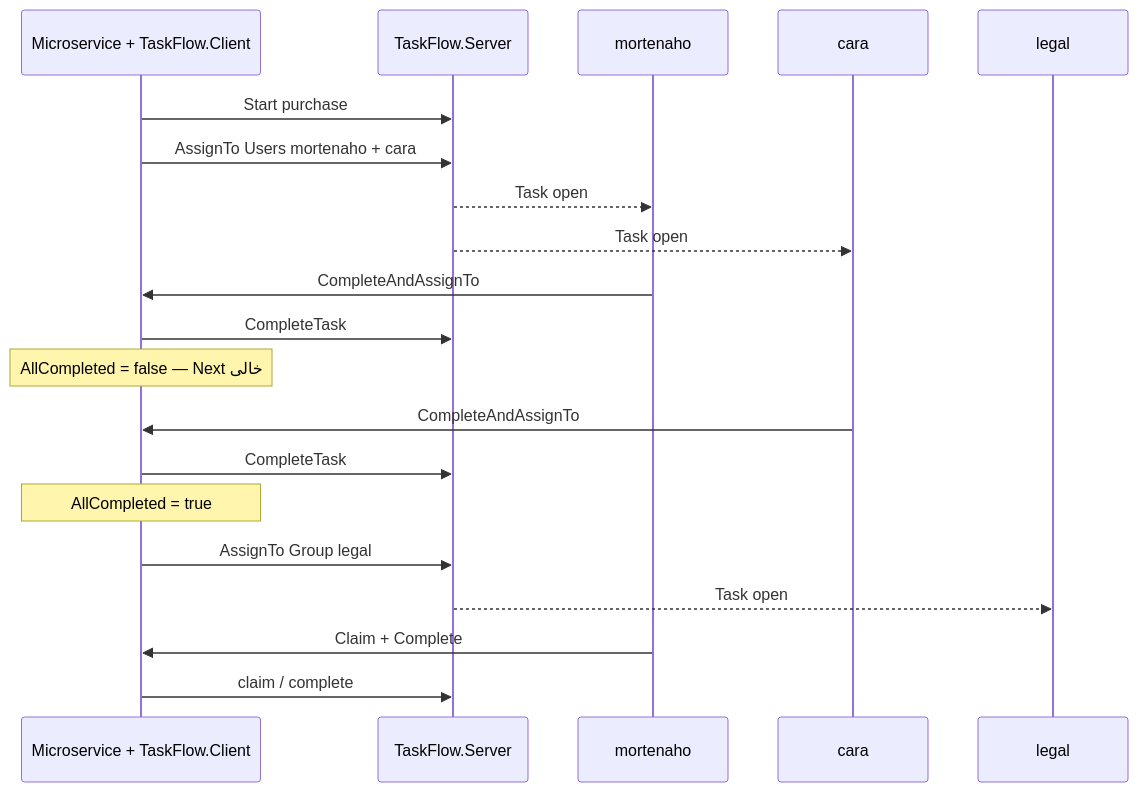
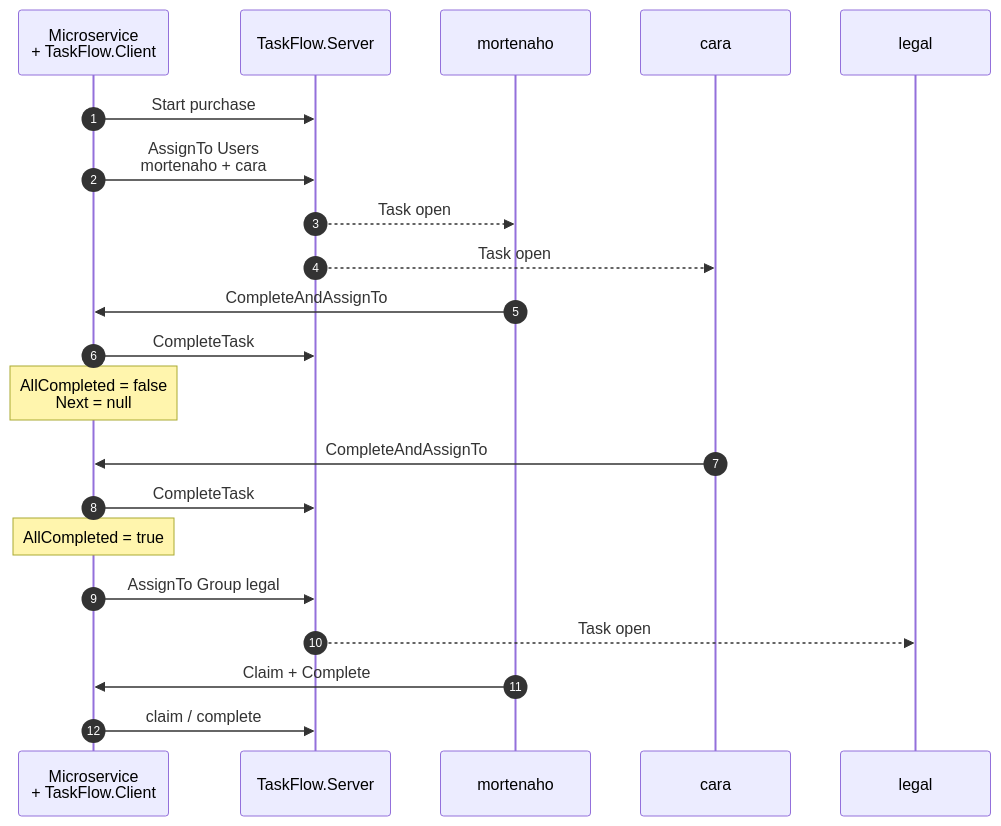
The fourth of 4 diagrams in docs/usage.md (mortenaho/WorkFlowEngine), drawn with Mermaid before and after one commit. The commit also changed other lines of this file and 3 other files, not shown here.

First line of the commit message:
Enhance documentation with improved Mermaid diagram styling and rendering

````diff
--- a/docs/usage.md
+++ b/docs/usage.md
@@ -254,23 +269,24 @@
 ```mermaid
 sequenceDiagram
-    participant MS as Microservice + TaskFlow.Client
+    autonumber
+    participant MS as Microservice<br/>+ TaskFlow.Client
     participant Srv as TaskFlow.Server
     participant M as mortenaho
     participant C as cara
     participant L as legal
 
     MS->>Srv: Start purchase
-    MS->>Srv: AssignTo Users mortenaho + cara
+    MS->>Srv: AssignTo Users<br/>mortenaho + cara
     Srv-->>M: Task open
     Srv-->>C: Task open
     M->>MS: CompleteAndAssignTo
     MS->>Srv: CompleteTask
-    Note over MS: AllCompleted = false — Next خالی
+    Note over MS: AllCompleted = false<br/>Next = null
     C->>MS: CompleteAndAssignTo
     MS->>Srv: CompleteTask
     Note over MS: AllCompleted = true
     MS->>Srv: AssignTo Group legal
     Srv-->>L: Task open
     M->>MS: Claim + Complete
     MS->>Srv: claim / complete
 ```
````
